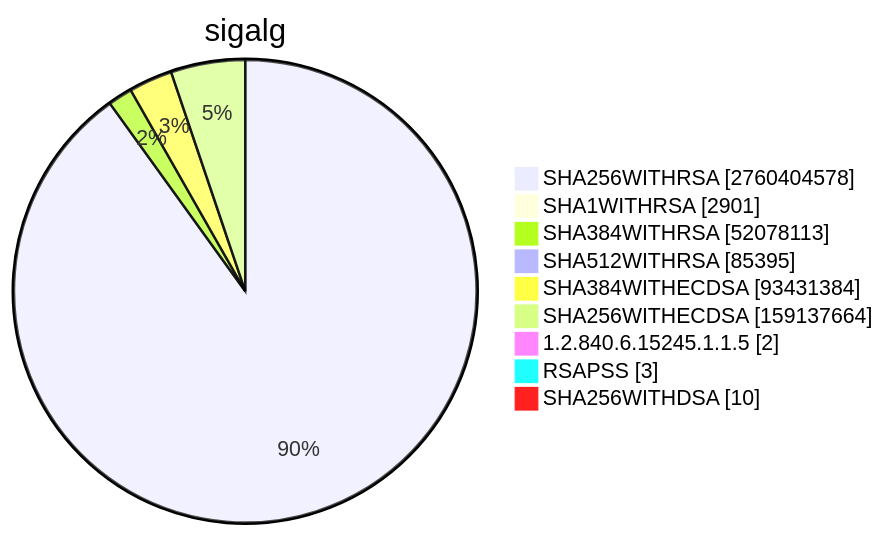
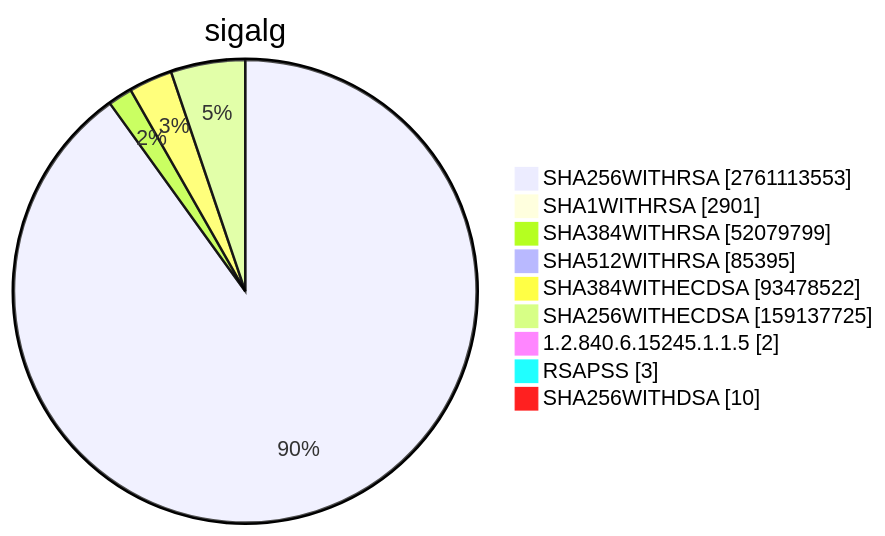
Before and after one commit to christiankrug/ctmonitor_visualization: diagram 15 of 15 in TOTAL/README.md, drawn with Mermaid. The commit also changed other lines of this file, not shown here.

````diff
--- a/TOTAL/README.md
+++ b/TOTAL/README.md
@@ -6205,13 +6205,13 @@
 ```mermaid
 pie showData
 title sigalg
-"SHA256WITHRSA" :2760404578
+"SHA256WITHRSA" :2761113553
 "SHA1WITHRSA" :2901
-"SHA384WITHRSA" :52078113
+"SHA384WITHRSA" :52079799
 "SHA512WITHRSA" :85395
-"SHA384WITHECDSA" :93431384
-"SHA256WITHECDSA" :159137664
+"SHA384WITHECDSA" :93478522
+"SHA256WITHECDSA" :159137725
 "1.2.840.6.15245.1.1.5" :2
 "RSAPSS" :3
 "SHA256WITHDSA" :10
 ```
````
